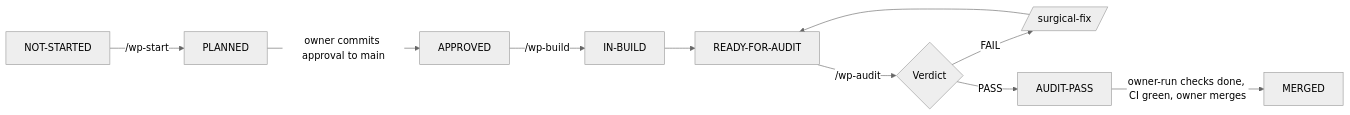
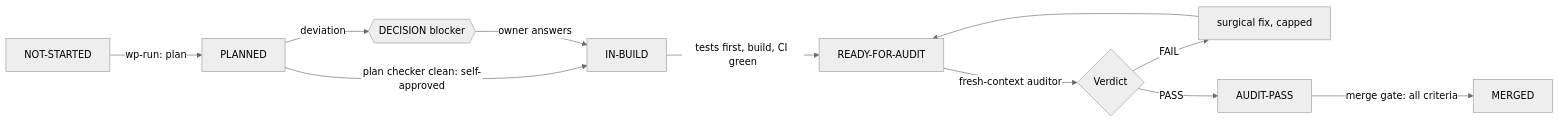
Before and after one commit to NasirAman-promcare/voice-bot-vad-harness: the diagram in docs/process/WORKFLOW.md, drawn with Mermaid (neutral theme). The commit also changed other lines of this file and 62 other files, not shown here.

````diff
--- a/docs/process/WORKFLOW.md
+++ b/docs/process/WORKFLOW.md
@@ -5,12 +10,13 @@
 ```mermaid
 flowchart LR
-    A[NOT-STARTED] -->|/wp-start| B[PLANNED]
-    B -->|owner commits approval to main| C[APPROVED]
-    C -->|/wp-build| D[IN-BUILD]
-    D --> E[READY-FOR-AUDIT]
-    E -->|/wp-audit| F{Verdict}
-    F -->|FAIL| G[/surgical-fix/]
-    G --> E
+    A[NOT-STARTED] -->|wp-run: plan| B[PLANNED]
+    B -->|plan checker clean: self-approved| C[IN-BUILD]
+    B -->|deviation| Q{{DECISION blocker}}
+    Q -->|owner answers| C
+    C -->|tests first, build, CI green| D[READY-FOR-AUDIT]
+    D -->|fresh-context auditor| F{Verdict}
+    F -->|FAIL| G[surgical fix, capped]
+    G --> D
     F -->|PASS| H[AUDIT-PASS]
-    H -->|owner-run checks done, CI green, owner merges| I[MERGED]
+    H -->|merge gate: all criteria| I[MERGED]
 ```
````
